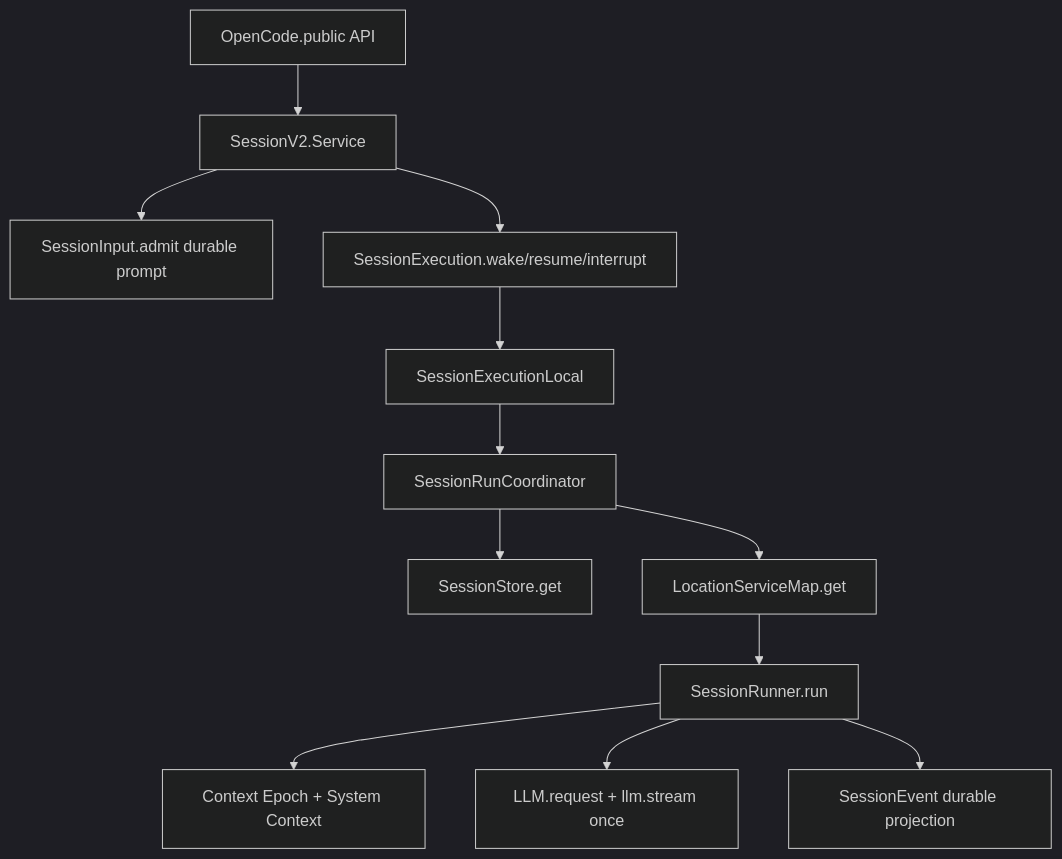
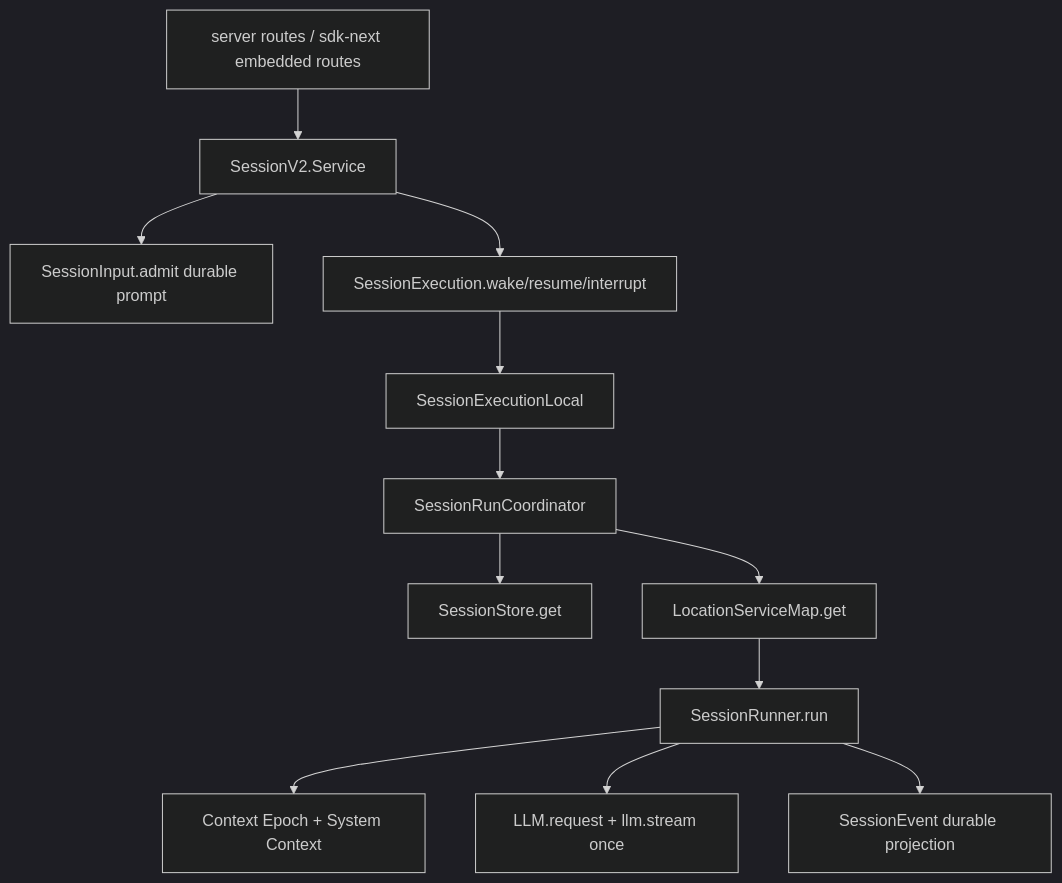
Before and after one commit to wdnmdtonyma/SOTA-Agent-LLM-Wiki: the diagram in docs/llm-wiki/opencode/spine/v2-overview.md, drawn with Mermaid (dark theme). The commit also changed other lines of this file and 544 other files, not shown here.

````diff
--- a/docs/llm-wiki/opencode/spine/v2-overview.md
+++ b/docs/llm-wiki/opencode/spine/v2-overview.md
@@ -23,14 +23,14 @@
 ```mermaid
 flowchart TD
-  Public["OpenCode.public API"] --> SessionV2["SessionV2.Service"]
+  Server["server routes / sdk-next embedded routes"] --> SessionV2["SessionV2.Service"]
   SessionV2 --> Admission["SessionInput.admit durable prompt"]
   SessionV2 --> Execution["SessionExecution.wake/resume/interrupt"]
   Execution --> Local["SessionExecutionLocal"]
   Local --> Coordinator["SessionRunCoordinator"]
   Coordinator --> Store["SessionStore.get"]
   Coordinator --> Location["LocationServiceMap.get"]
   Location --> Runner["SessionRunner.run"]
   Runner --> Context["Context Epoch + System Context"]
   Runner --> Provider["LLM.request + llm.stream once"]
   Runner --> Events["SessionEvent durable projection"]
 ```
````
